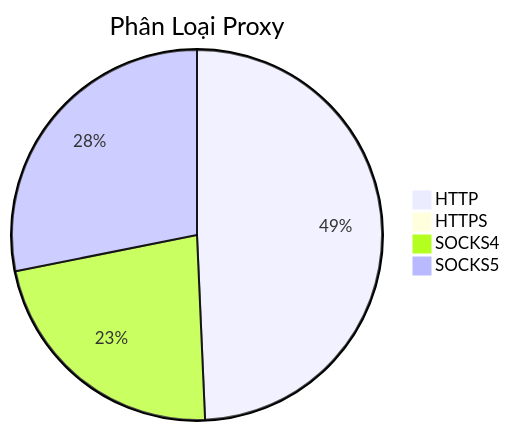
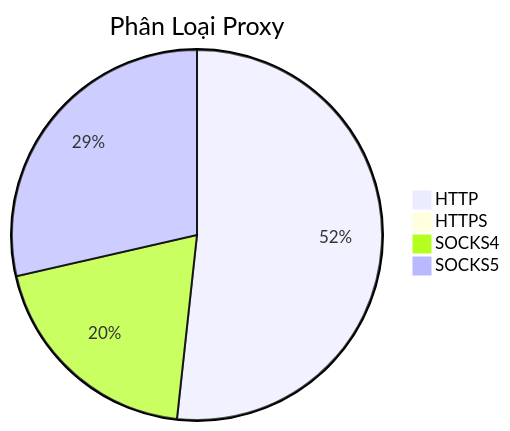
The diagram in README.md (Ciara-12/PROXY-free), drawn with Mermaid before and after one commit. The commit also changed other lines of this file and 3 other files, not shown here.

````diff
--- a/README.md
+++ b/README.md
@@ -26,7 +26,7 @@
 ```mermaid
 pie title Phân Loại Proxy
-    "HTTP" : 566
+    "HTTP" : 659
     "HTTPS" : 0
-    "SOCKS4" : 259
-    "SOCKS5" : 323
+    "SOCKS4" : 251
+    "SOCKS5" : 364
 ```
````
